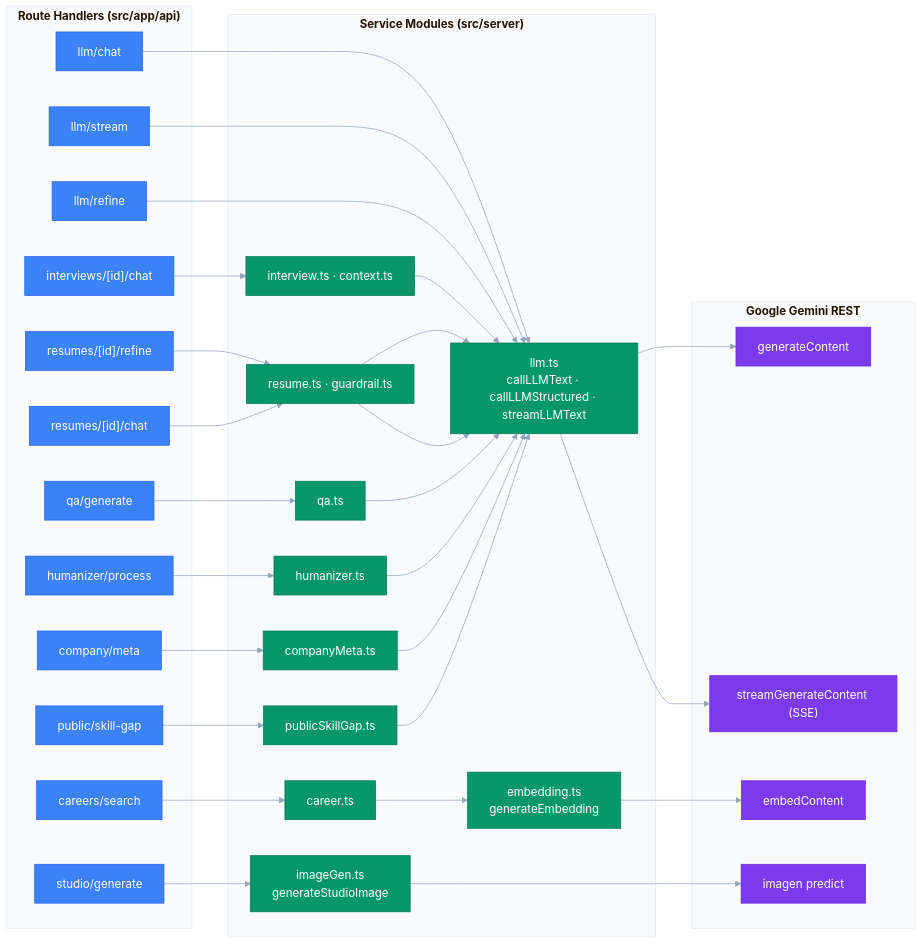
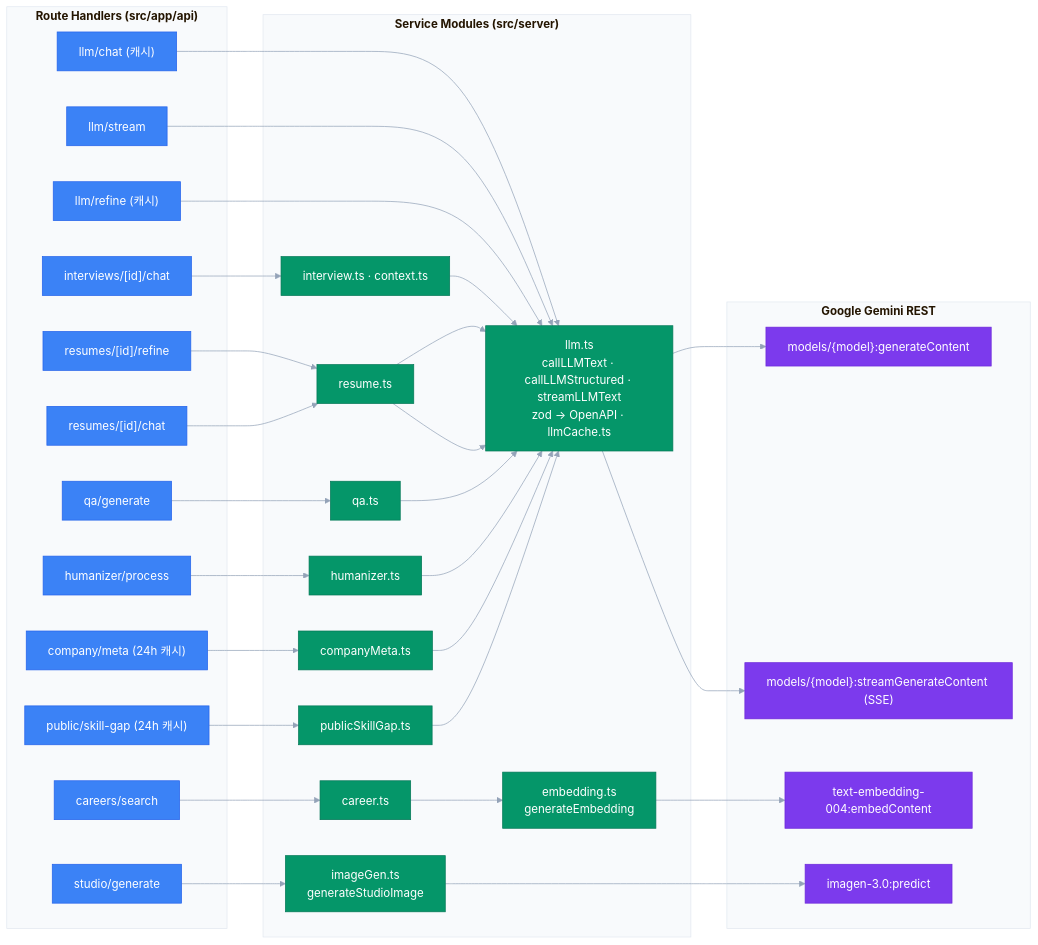
One commit to teamKairosdev/Kairos changed the second of 4 diagrams in README.md. Above: the diagram before and after it, drawn with Mermaid. The commit also changed other lines of this file and 1 other file, not shown here.

Commit message:
docs: README 전면 개편 — 실제 코드 현황 기준으로 재작성 (Payload/PWA/vectra 등 제거 반영, Mermaid 5종 갱신, HWP/Demo/Auth/Deploy 섹션 추가)

````diff
--- a/README.md
+++ b/README.md
@@ -301,63 +117,63 @@
 ```mermaid
 %%{init: {'theme':'base', 'themeVariables': { 'primaryColor': '#059669', 'primaryBorderColor': '#047857', 'lineColor': '#94a3b8', 'secondaryColor': '#f0fdf4', 'tertiaryColor': '#dbeafe', 'clusterBkg': '#f8fafc', 'clusterBorder': '#e2e8f0'}}}%%
 flowchart LR
     subgraph API["<b>Route Handlers (src/app/api)</b>"]
-        LLM_CHAT["llm/chat"]
+        LLM_CHAT["llm/chat (캐시)"]
         LLM_STREAM["llm/stream"]
-        LLM_REFINE["llm/refine"]
+        LLM_REFINE["llm/refine (캐시)"]
         INT_CHAT["interviews/[id]/chat"]
         RES_REFINE["resumes/[id]/refine"]
         RES_CHAT["resumes/[id]/chat"]
         QA["qa/generate"]
         HUMAN["humanizer/process"]
         STUDIO["studio/generate"]
         CAREER["careers/search"]
-        COMPANY["company/meta"]
-        SKILLGAP["public/skill-gap"]
+        COMPANY["company/meta (24h 캐시)"]
+        SKILLGAP["public/skill-gap (24h 캐시)"]
     end
 
     subgraph Services["<b>Service Modules (src/server)</b>"]
-        LLM_SVC["llm.ts<br/>callLLMText · callLLMStructured · streamLLMText"]
+        LLM_SVC["llm.ts<br/>callLLMText · callLLMStructured · streamLLMText<br/>zod → OpenAPI · llmCache.ts"]
         EMB["embedding.ts<br/>generateEmbedding"]
         IMG["imageGen.ts<br/>generateStudioImage"]
         QA_SVC["qa.ts"]
         HUMAN_SVC["humanizer.ts"]
-        RESUME_SVC["resume.ts · guardrail.ts"]
+        RESUME_SVC["resume.ts"]
         INTERVIEW_SVC["interview.ts · context.ts"]
         CAREER_SVC["career.ts"]
         COMPANY_SVC["companyMeta.ts"]
         SKILLGAP_SVC["publicSkillGap.ts"]
     end
 
     subgraph Gemini["<b>Google Gemini REST</b>"]
-        G1["generateContent"]
-        G2["streamGenerateContent (SSE)"]
-        G3["embedContent"]
-        G4["imagen predict"]
+        G1["models/{model}:generateContent"]
+        G2["models/{model}:streamGenerateContent (SSE)"]
+        G3["text-embedding-004:embedContent"]
+        G4["imagen-3.0:predict"]
     end
 
     LLM_CHAT --> LLM_SVC
     LLM_STREAM --> LLM_SVC
     LLM_REFINE --> LLM_SVC
     INT_CHAT --> INTERVIEW_SVC --> LLM_SVC
     RES_REFINE --> RESUME_SVC --> LLM_SVC
     RES_CHAT --> RESUME_SVC --> LLM_SVC
     QA --> QA_SVC --> LLM_SVC
     HUMAN --> HUMAN_SVC --> LLM_SVC
     STUDIO --> IMG
     CAREER --> CAREER_SVC --> EMB
     COMPANY --> COMPANY_SVC --> LLM_SVC
     SKILLGAP --> SKILLGAP_SVC --> LLM_SVC
 
     LLM_SVC --> G1
     LLM_SVC --> G2
     EMB --> G3
     IMG --> G4
 
     classDef api fill:#3b82f6,color:#fff,stroke:#2563eb
     classDef svc fill:#059669,color:#fff,stroke:#047857
     classDef gem fill:#7c3aed,color:#fff,stroke:#6d28d9
     class LLM_CHAT,LLM_STREAM,LLM_REFINE,INT_CHAT,RES_REFINE,RES_CHAT,QA,HUMAN,STUDIO,CAREER,COMPANY,SKILLGAP api
     class LLM_SVC,EMB,IMG,QA_SVC,HUMAN_SVC,RESUME_SVC,INTERVIEW_SVC,CAREER_SVC,COMPANY_SVC,SKILLGAP_SVC svc
     class G1,G2,G3,G4 gem
 ```
````
